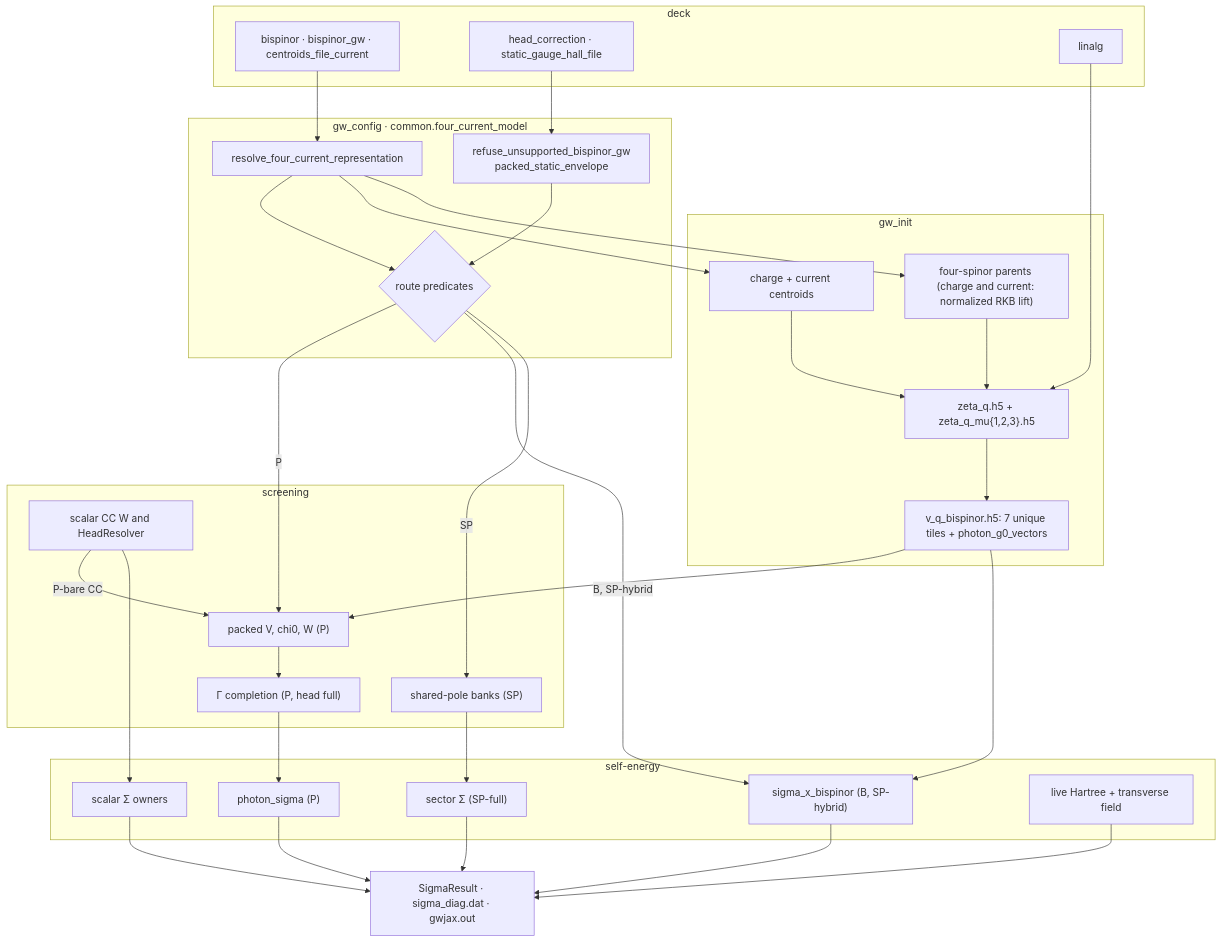
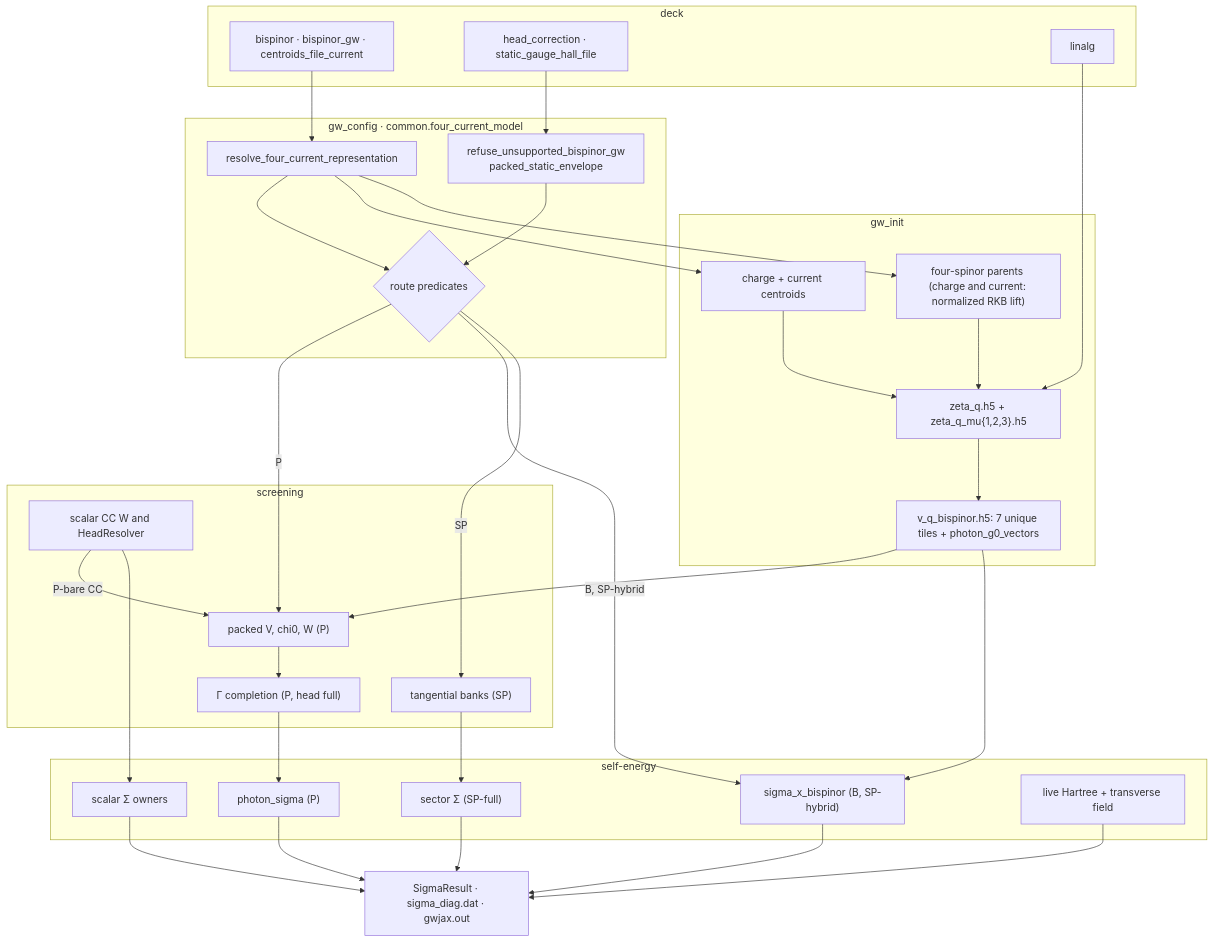
Before and after one commit to jackmcarthur/lorrax: the diagram in docs/architecture/four_current_wiring.md, drawn with Mermaid. The commit also changed other lines of this file and 127 other files, not shown here.

````diff
--- a/docs/architecture/four_current_wiring.md
+++ b/docs/architecture/four_current_wiring.md
@@ -84,54 +84,54 @@
 ```mermaid
 flowchart TD
   subgraph DECK["deck"]
     K1["bispinor · bispinor_gw · centroids_file_current"]
     K2["head_correction · static_gauge_hall_file"]
     K3["linalg"]
   end
   subgraph CFG["gw_config · common.four_current_model"]
     R["resolve_four_current_representation"]
     E["refuse_unsupported_bispinor_gw<br/>packed_static_envelope"]
     F{"route predicates"}
   end
   subgraph INIT["gw_init"]
     C["charge + current centroids"]
     L["four-spinor parents (charge and current: normalized RKB lift)"]
     Z["zeta_q.h5 + zeta_q_mu{1,2,3}.h5"]
     VQ["v_q_bispinor.h5: 7 unique tiles + photon_g0_vectors"]
   end
   subgraph SCR["screening"]
     SW["scalar CC W and HeadResolver"]
     PK["packed V, chi0, W (P)"]
     HD["Γ completion (P, head full)"]
-    SP["shared-pole banks (SP)"]
+    SP["tangential banks (SP)"]
   end
   subgraph SIG["self-energy"]
     PS["photon_sigma (P)"]
     SB["sigma_x_bispinor (B, SP-hybrid)"]
     CS["scalar Σ owners"]
     SS["sector Σ (SP-full)"]
     HT["live Hartree + transverse field"]
   end
   OUT["SigmaResult · sigma_diag.dat · gwjax.out"]
   K1 --> R --> F
   K2 --> E
   E --> F
   K3 --> Z
   R --> C --> Z
   R --> L --> Z
   Z --> VQ
   F -->|P| PK
   F -->|B, SP-hybrid| SB
   F -->|SP| SP
   VQ --> PK
   SW -->|P-bare CC| PK
   PK --> HD --> PS
   VQ --> SB
   SW --> CS
   SP --> SS
   PS --> OUT
   SB --> OUT
   CS --> OUT
   SS --> OUT
   HT --> OUT
 ```
````
